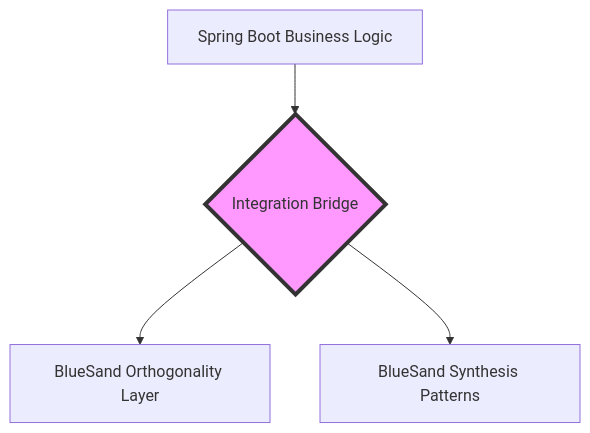
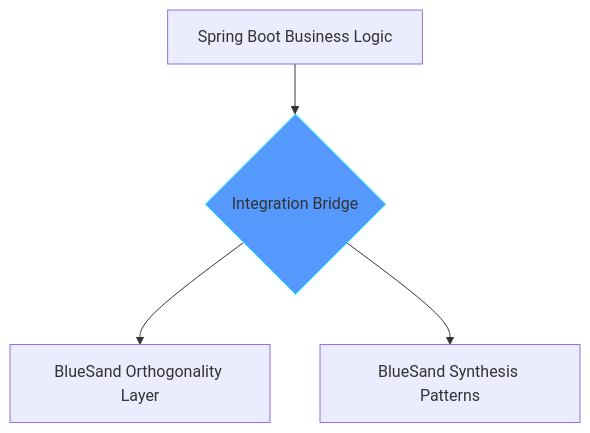
One commit to jagreen03/kt-clinical-readiness changed the diagram in 05_Wiki/Architecture/05_BlueSand_Integration_Bridge.md. Above: the diagram before and after it, drawn with Mermaid. The commit also changed 8 other files, not shown here.

`````diff
--- a/05_Wiki/Architecture/05_BlueSand_Integration_Bridge.md
+++ b/05_Wiki/Architecture/05_BlueSand_Integration_Bridge.md
@@ -9,8 +9,8 @@
 ````mermaid
 graph TD
     A[Spring Boot Business Logic] --> B{Integration Bridge}
     B --> C[BlueSand Orthogonality Layer]
     B --> D[BlueSand Synthesis Patterns]
     
-    style B fill:#f9f,stroke:#333,stroke-width:4px
+    style B fill:#59f,stroke:#3ff,stroke-width:4p0
 ````
`````
